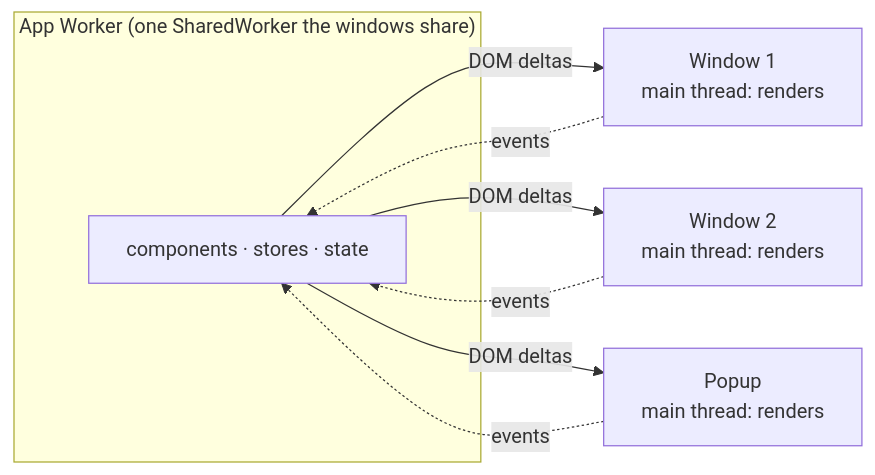
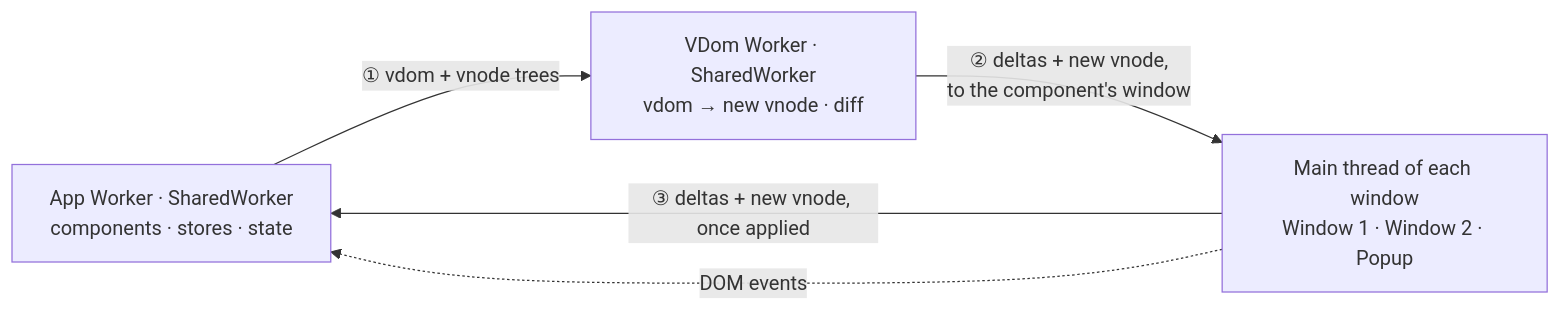
The first of 2 diagrams in learn/blog/a-workspace-that-can-leave-its-window.md (neomjs/neo), drawn with Mermaid before and after one commit. The commit also changed other lines of this file and 1 other file, not shown here.

Commit message:
docs(blog): the multi-window post draws the update triangle, opens for cold readers and leads with the film (#19638)
The first Mermaid sent DOM deltas from the App Worker to the windows. With
the VDom Worker on (the default), an update is a triangle: the App Worker
sends vdom + vnode trees to the VDom Worker, the VDom Worker sends deltas +
the new vnode to the component's window, and that window's main thread
applies them and forwards the reply to the App Worker.

The H1 and subtitle now work for a reader who has never heard of Neo.mjs.
The film cover becomes the post's first image, and the mid-drag still moves
into "What 13.2 adds". The blog.json name follows the H1; the id and path
are unchanged.

````diff
--- a/learn/blog/a-workspace-that-can-leave-its-window.md
+++ b/learn/blog/a-workspace-that-can-leave-its-window.md
@@ -25,15 +29,10 @@
 ```mermaid
 flowchart LR
-    subgraph app["App Worker (one SharedWorker the windows share)"]
-        state["components · stores · state"]
-    end
-    w1["Window 1<br/>main thread: renders"]
-    w2["Window 2<br/>main thread: renders"]
-    w3["Popup<br/>main thread: renders"]
-    state -- "DOM deltas" --> w1
-    state -- "DOM deltas" --> w2
-    state -- "DOM deltas" --> w3
-    w1 -. "events" .-> state
-    w2 -. "events" .-> state
-    w3 -. "events" .-> state
+    app["App Worker · SharedWorker<br/>components · stores · state"]
+    vdom["VDom Worker · SharedWorker<br/>vdom → new vnode · diff"]
+    main["Main thread of each window<br/>Window 1 · Window 2 · Popup"]
+    app -- "① vdom + vnode trees" --> vdom
+    vdom -- "② deltas + new vnode,<br/>to the component's window" --> main
+    main -- "③ deltas + new vnode, once applied" --> app
+    main -. "DOM events" .-> app
 ```
````
